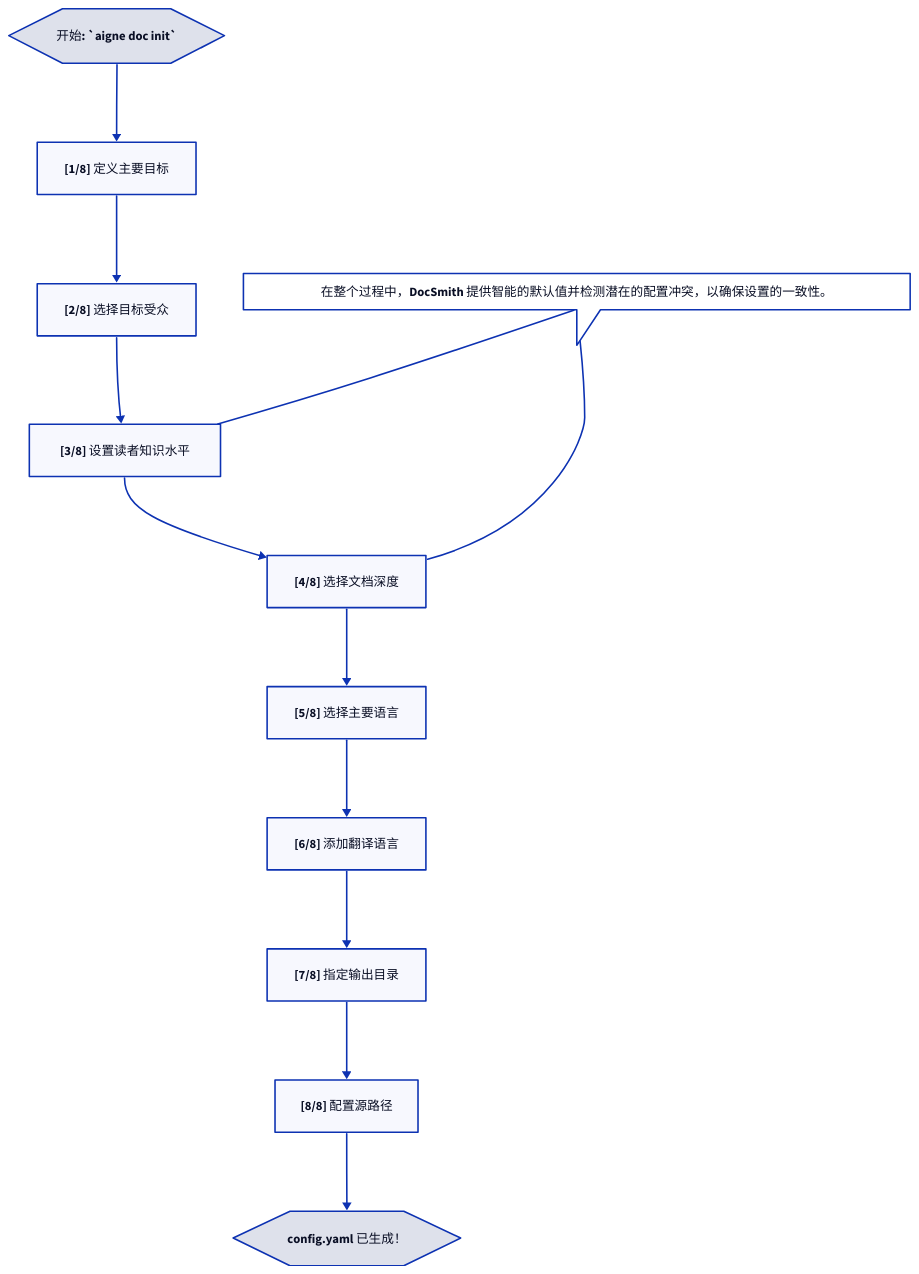
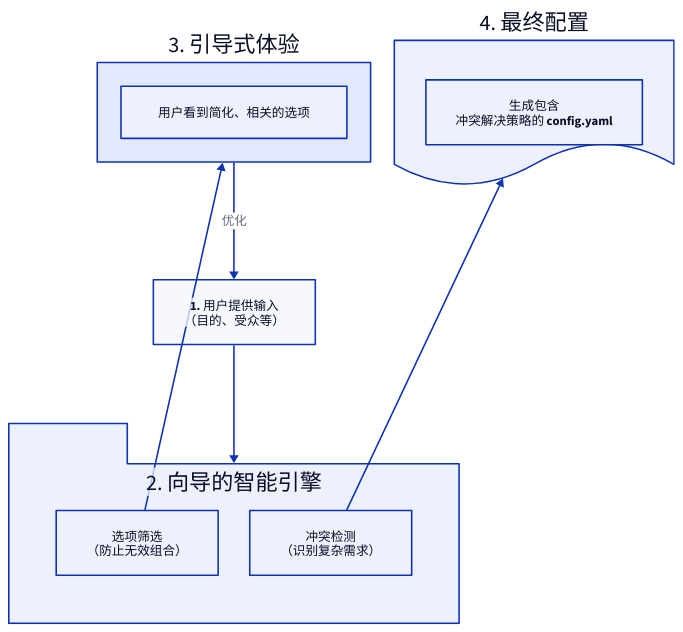
The diagram in docs/configuration-interactive-setup.zh.md (AIGNE-io/aigne-doc-smith), drawn with D2 before and after one commit. The commit also changed other lines of this file and 35 other files, not shown here.

````diff
--- a/docs/configuration-interactive-setup.zh.md
+++ b/docs/configuration-interactive-setup.zh.md
@@ -15,29 +32,39 @@
 ```d2
 direction: down
 
-start: "开始: `aigne doc init`" {
-  shape: hexagon
+User-Selections: {
+  label: "1. 用户提供输入\n（目的、受众等）"
+  shape: rectangle
 }
 
-step1: "[1/8] 定义主要目标"
-step2: "[2/8] 选择目标受众"
-step3: "[3/8] 设置读者知识水平"
-step4: "[4/8] 选择文档深度"
-step5: "[5/8] 选择主要语言"
-step6: "[6/8] 添加翻译语言"
-step7: "[7/8] 指定输出目录"
-step8: "[8/8] 配置源路径"
+Wizard-Intelligence: {
+  label: "2. 向导的智能引擎"
+  shape: package
+  grid-columns: 2
 
-finish: "config.yaml 已生成！" {
-  shape: hexagon
+  Filtering: {
+    label: "选项筛选\n（防止无效组合）"
+  }
+
+  Conflict-Detection: {
+    label: "冲突检测\n（识别复杂需求）"
+  }
 }
 
-start -> step1 -> step2 -> step3 -> step4 -> step5 -> step6 -> step7 -> step8 -> finish
-
-subsystem: "在整个过程中，DocSmith 提供智能的默认值并检测潜在的配置冲突，以确保设置的一致性。" {
-    shape: callout
+Guided-Experience: {
+  label: "3. 引导式体验"
+  shape: rectangle
+  content: "用户看到简化、相关的选项"
 }
 
-subsystem -- step3
-subsystem -- step4
+Final-Config: {
+  label: "4. 最终配置"
+  shape: document
+  content: "生成包含\n冲突解决策略的 config.yaml"
+}
+
+User-Selections -> Wizard-Intelligence
+Wizard-Intelligence.Filtering -> Guided-Experience
+Wizard-Intelligence.Conflict-Detection -> Final-Config
+Guided-Experience -> User-Selections: "优化"
 ```
````
